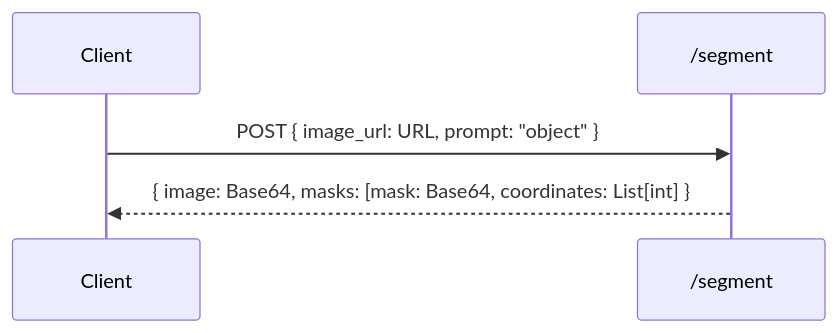
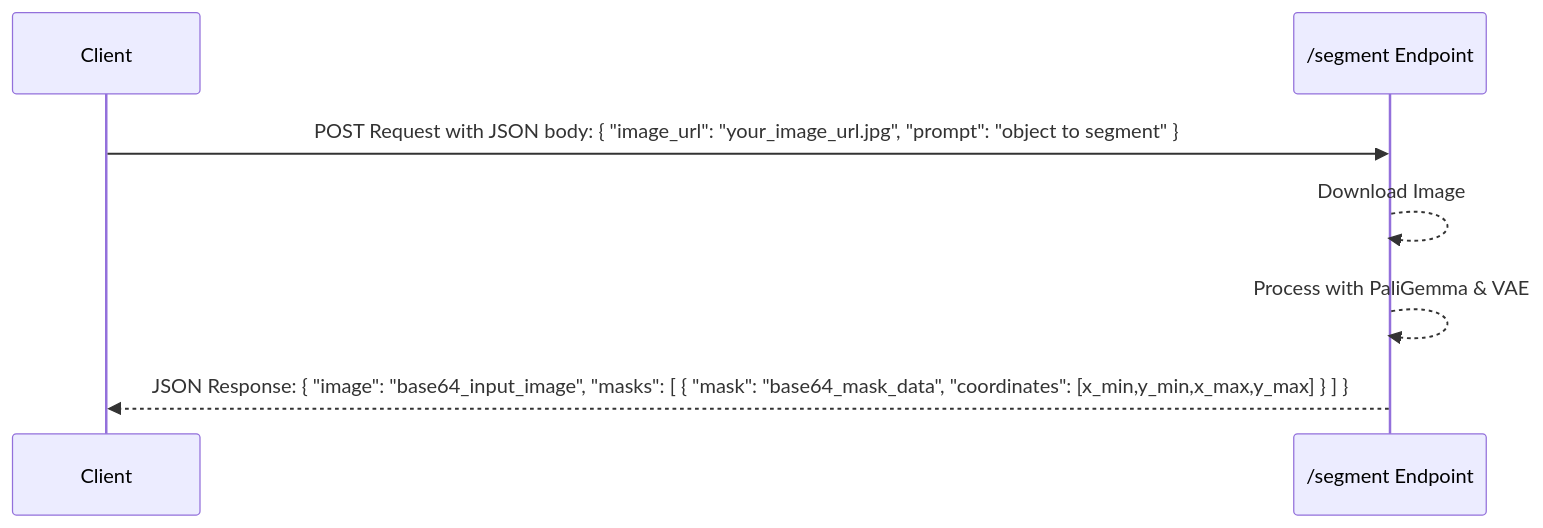
The fifth of 6 diagrams in README.md (JoeJoe1313/PaliGemma-Image-Segmentation), drawn with Mermaid before and after one commit. The commit also changed other lines of this file, not shown here.

````diff
--- a/README.md
+++ b/README.md
@@ -265,7 +264,9 @@
 ```mermaid
 sequenceDiagram
     participant C as Client
-    participant S as /segment
-    C->>S: POST { image_url: URL, prompt: "object" }
-    S-->>C: { image: Base64, masks: [mask: Base64, coordinates: List[int] }
+    participant S as /segment Endpoint
+    C->>S: POST Request with JSON body: { "image_url": "your_image_url.jpg", "prompt": "object to segment" }
+    S-->>S: Download Image
+    S-->>S: Process with PaliGemma & VAE
+    S-->>C: JSON Response: { "image": "base64_input_image", "masks": [ { "mask": "base64_mask_data", "coordinates": [x_min,y_min,x_max,y_max] } ] }
 ```
````
